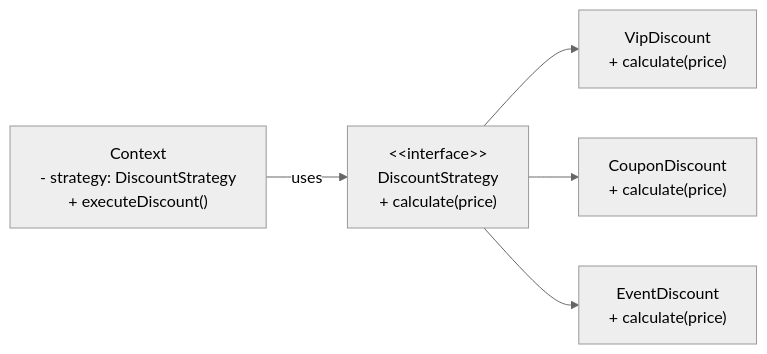
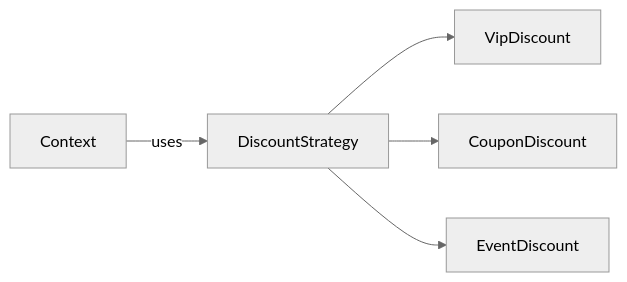
Before and after one commit to yjkim2015/yjkim2015.github.io: the first of 8 diagrams in _posts/designPattern/2026-05-12-behavioral-patterns.md, drawn with Mermaid (neutral theme). The commit also changed other lines of this file and 245 other files, not shown here.

First line of the commit message:
Mermaid 다이어그램 전면 수정 + 면접 포인트 접기/펼치기 + DB 데드락 페이지

````diff
--- a/_posts/designPattern/2026-05-12-behavioral-patterns.md
+++ b/_posts/designPattern/2026-05-12-behavioral-patterns.md
@@ -40,7 +40,7 @@
 ```mermaid
 graph LR
-    Context["Context\n- strategy: DiscountStrategy\n+ executeDiscount()"] -->|uses| Strategy["&lt;&lt;interface&gt;&gt;\nDiscountStrategy\n+ calculate(price)"]
-    Strategy --> VIP["VipDiscount\n+ calculate(price)"]
-    Strategy --> Coupon["CouponDiscount\n+ calculate(price)"]
-    Strategy --> Event["EventDiscount\n+ calculate(price)"]
+    Context["Context"] -->|uses| Strategy["DiscountStrategy"]
+    Strategy --> VIP["VipDiscount"]
+    Strategy --> Coupon["CouponDiscount"]
+    Strategy --> Event["EventDiscount"]
 ```
````
